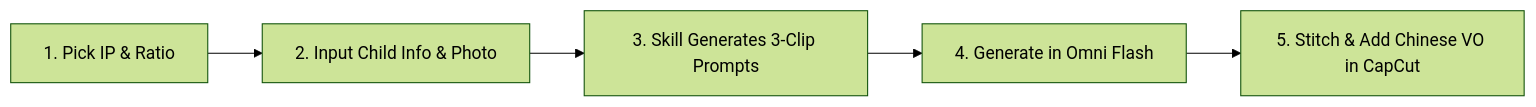
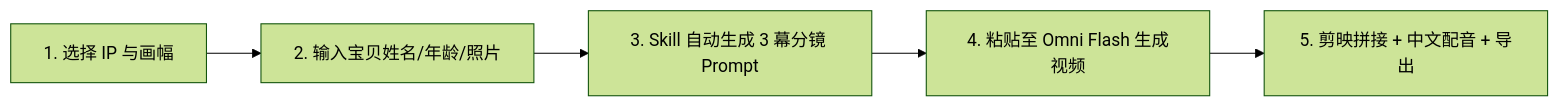
One commit to kaomei/kid-papercraft changed the diagram in README.md. Above: the diagram before and after it, drawn with Mermaid (forest theme). The commit also changed other lines of this file and 5 other files, not shown here.

````diff
--- a/README.md
+++ b/README.md
@@ -52,7 +50,7 @@
 ```mermaid
 flowchart LR
-    A[1. Pick IP & Ratio] --> B[2. Input Child Info & Photo]
-    B --> C[3. Skill Generates 3-Clip Prompts]
-    C --> D[4. Generate in Omni Flash]
-    D --> E[5. Stitch & Add Chinese VO in CapCut]
+    A[1. 选择 IP 与画幅] --> B[2. 输入宝贝姓名/年龄/照片]
+    B --> C[3. Skill 自动生成 3 幕分镜 Prompt]
+    C --> D[4. 粘贴至 Omni Flash 生成视频]
+    D --> E[5. 剪映拼接 + 中文配音 + 导出]
 ```
````
